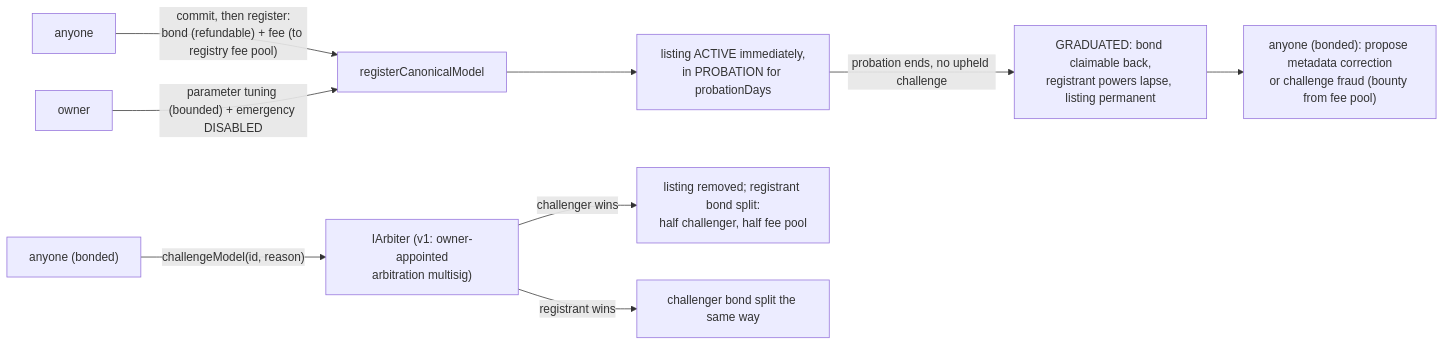
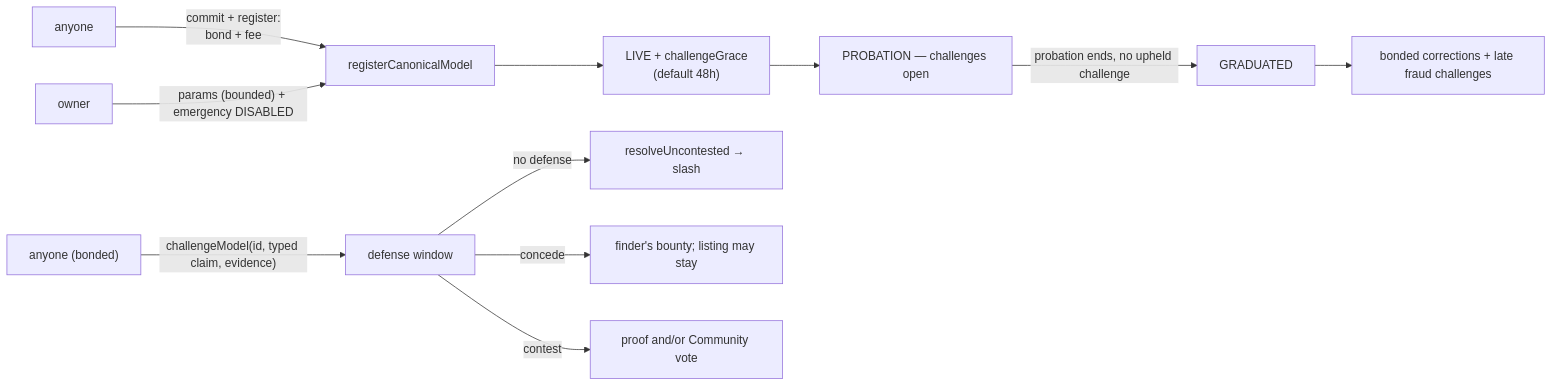
Before and after one commit to cowboycoderhq/Morpheus-Lumerin-Node: the fourth of 18 diagrams in smart-contracts/docs/inference-contract-enhancements-rfp.md, drawn with Mermaid. The commit also changed other lines of this file and 6 other files, not shown here.

````diff
--- a/smart-contracts/docs/inference-contract-enhancements-rfp.md
+++ b/smart-contracts/docs/inference-contract-enhancements-rfp.md
@@ -358,11 +360,13 @@
 ```mermaid
 flowchart LR
-  ANY["anyone"] -->|"commit, then register:<br/>bond (refundable) + fee (to registry fee pool)"| REG["registerCanonicalModel"]
-  REG --> LIVE["listing ACTIVE immediately,<br/>in PROBATION for probationDays"]
-  CH["anyone (bonded)"] -->|"challengeModel(id, reason)"| ARB["IArbiter (v1: owner-appointed<br/>arbitration multisig)"]
-  ARB -->|"challenger wins"| SLASH["listing removed; registrant bond split:<br/>half challenger, half fee pool"]
-  ARB -->|"registrant wins"| KEEP["challenger bond split the same way"]
-  LIVE -->|"probation ends, no upheld challenge"| GRAD["GRADUATED: bond claimable back,<br/>registrant powers lapse, listing permanent"]
-  GRAD --> CORR["anyone (bonded): propose metadata correction<br/>or challenge fraud (bounty from fee pool)"]
-  OWN["owner"] -->|"parameter tuning (bounded) + emergency DISABLED"| REG
+  ANY["anyone"] -->|"commit + register:<br/>bond + fee"| REG["registerCanonicalModel"]
+  REG --> GRACE["LIVE + challengeGrace<br/>(default 48h)"]
+  GRACE --> PROB["PROBATION — challenges open"]
+  CH["anyone (bonded)"] -->|"challengeModel(id, typed claim, evidence)"| DEF["defense window"]
+  DEF -->|"no defense"| U["resolveUncontested → slash"]
+  DEF -->|"concede"| C["finder's bounty; listing may stay"]
+  DEF -->|"contest"| E["proof and/or Community vote"]
+  PROB -->|"probation ends, no upheld challenge"| GRAD["GRADUATED"]
+  GRAD --> CORR["bonded corrections + late fraud challenges"]
+  OWN["owner"] -->|"params (bounded) + emergency DISABLED"| REG
 ```
````
